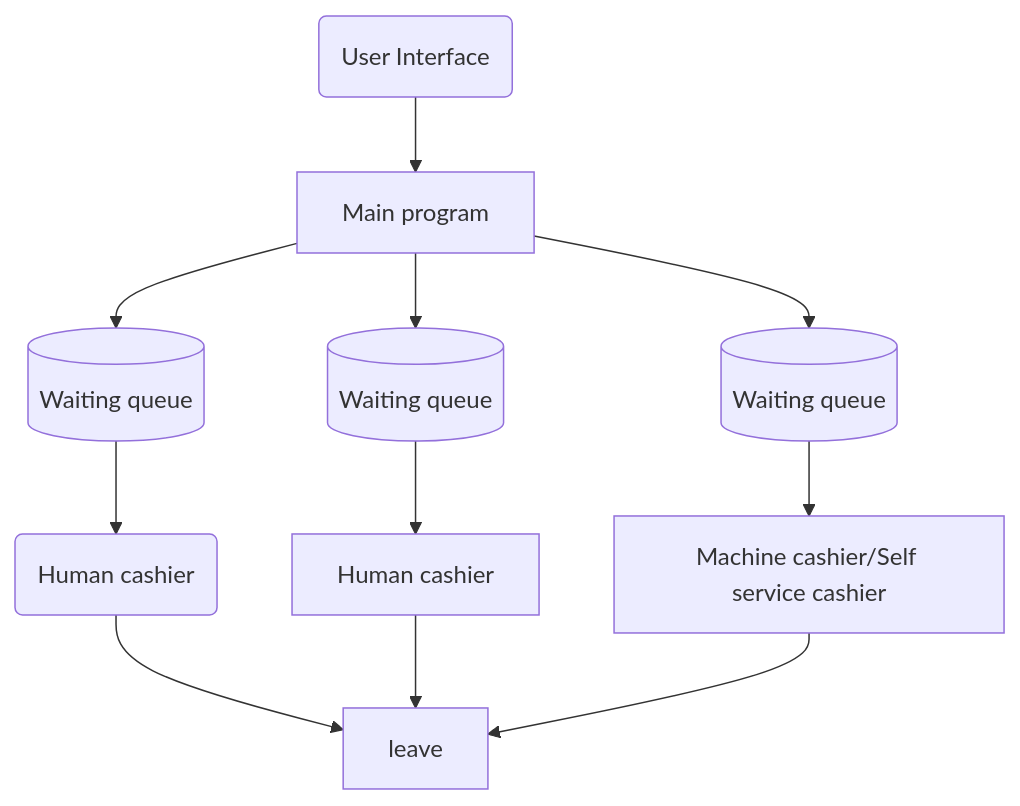
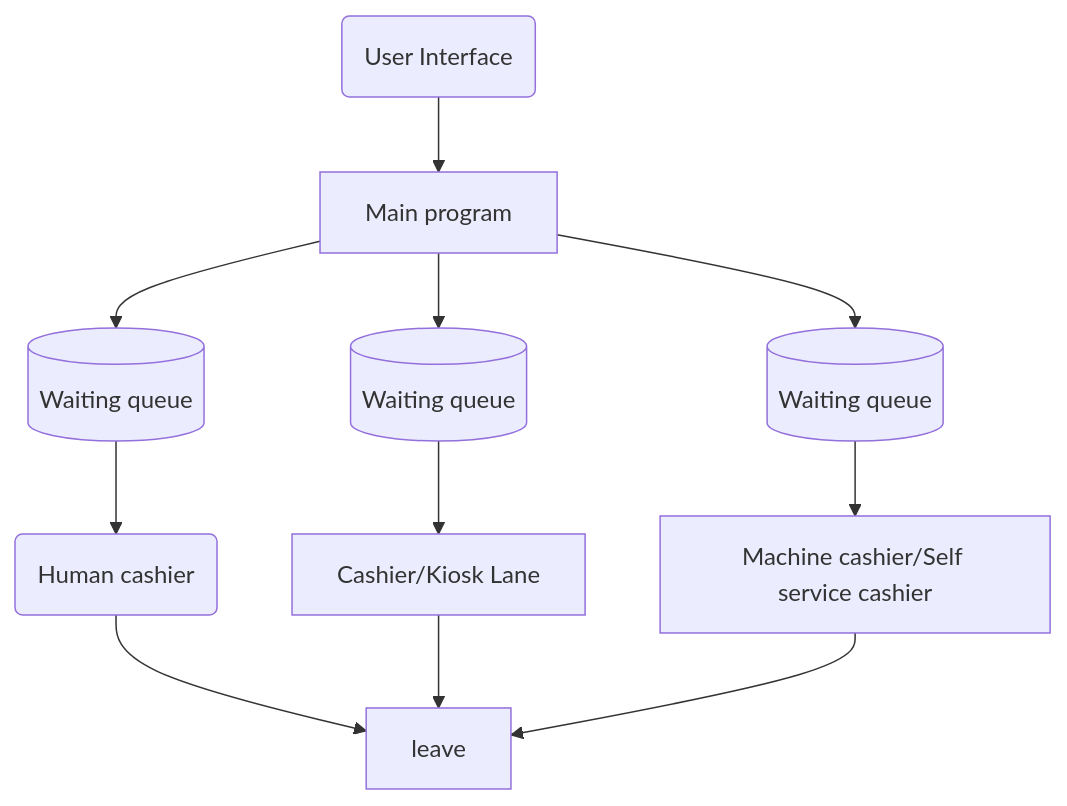
Before and after one commit to FPTSTUDEN/Human-Machine-Queue-Simulation: the diagram in plan.md, drawn with Mermaid. The commit also changed other lines of this file, not shown here.

Commit message:
Diagram of the project completed

````diff
--- a/plan.md
+++ b/plan.md
@@ -25,17 +4,17 @@
 ```mermaid
 flowchart TD
     A(User Interface) -->C[Main program]
     
     C --> D[(Waiting queue)]
     C --> E[(Waiting queue)]
     C --> F[(Waiting queue)]
     
     D --> G(Human cashier)
-    E --> H[Human cashier]
+    E --> H[Cashier/Kiosk Lane]
     F --> I[Machine cashier/Self service cashier]
     
     G --> Q[leave]
     H --> Q
     I --> Q 
 
 ```
````
